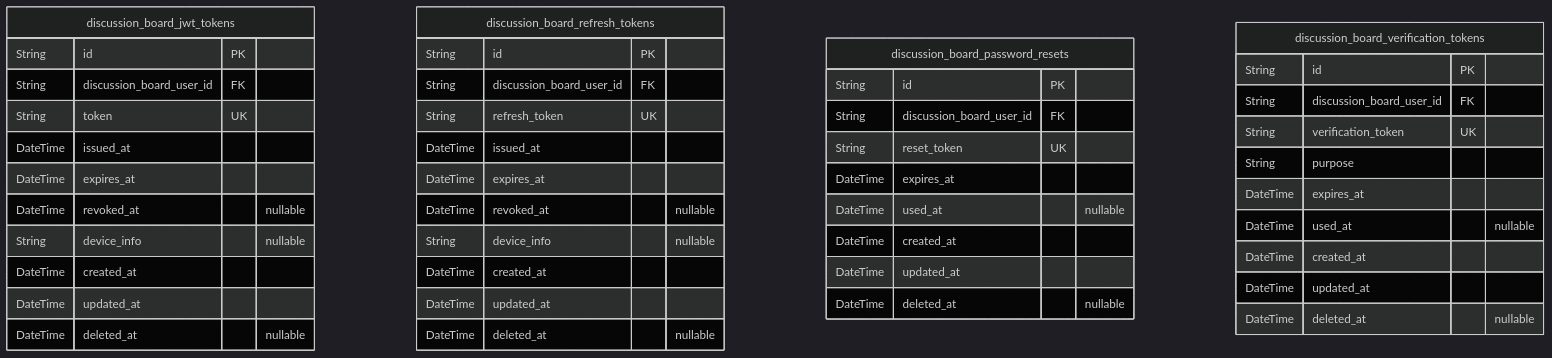
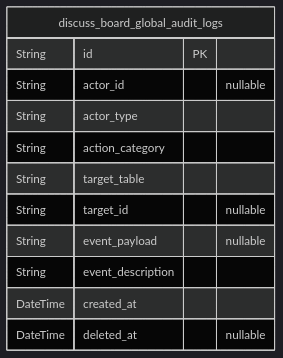
The eighth of 8 diagrams in docs/ERD.md (wrtnlabs/autobe-example-bbs-openai-gpt-4.1), drawn with Mermaid (dark theme) before and after one commit. The commit also changed other lines of this file and 1202 other files, not shown here.

````diff
--- a/docs/ERD.md
+++ b/docs/ERD.md
@@ -1092,48 +1113,15 @@
 ```mermaid
 erDiagram
-"discussion_board_jwt_tokens" {
+"discuss_board_global_audit_logs" {
   String id PK
-  String discussion_board_user_id FK
-  String token UK
-  DateTime issued_at
-  DateTime expires_at
-  DateTime revoked_at "nullable"
-  String device_info "nullable"
+  String actor_id "nullable"
+  String actor_type
+  String action_category
+  String target_table
+  String target_id "nullable"
+  String event_payload "nullable"
+  String event_description
   DateTime created_at
-  DateTime updated_at
-  DateTime deleted_at "nullable"
-}
-"discussion_board_refresh_tokens" {
-  String id PK
-  String discussion_board_user_id FK
-  String refresh_token UK
-  DateTime issued_at
-  DateTime expires_at
-  DateTime revoked_at "nullable"
-  String device_info "nullable"
-  DateTime created_at
-  DateTime updated_at
-  DateTime deleted_at "nullable"
-}
-"discussion_board_password_resets" {
-  String id PK
-  String discussion_board_user_id FK
-  String reset_token UK
-  DateTime expires_at
-  DateTime used_at "nullable"
-  DateTime created_at
-  DateTime updated_at
-  DateTime deleted_at "nullable"
-}
-"discussion_board_verification_tokens" {
-  String id PK
-  String discussion_board_user_id FK
-  String verification_token UK
-  String purpose
-  DateTime expires_at
-  DateTime used_at "nullable"
-  DateTime created_at
-  DateTime updated_at
   DateTime deleted_at "nullable"
 }
 ```
````
